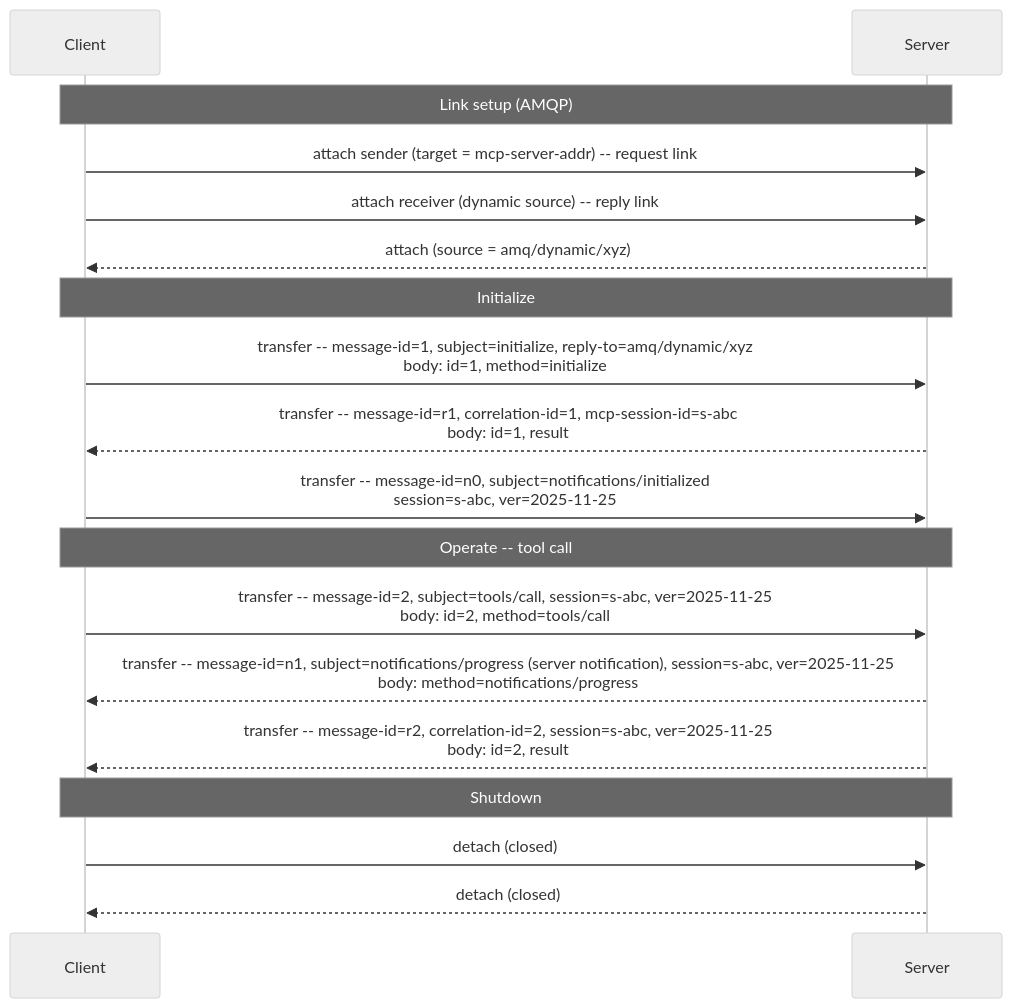
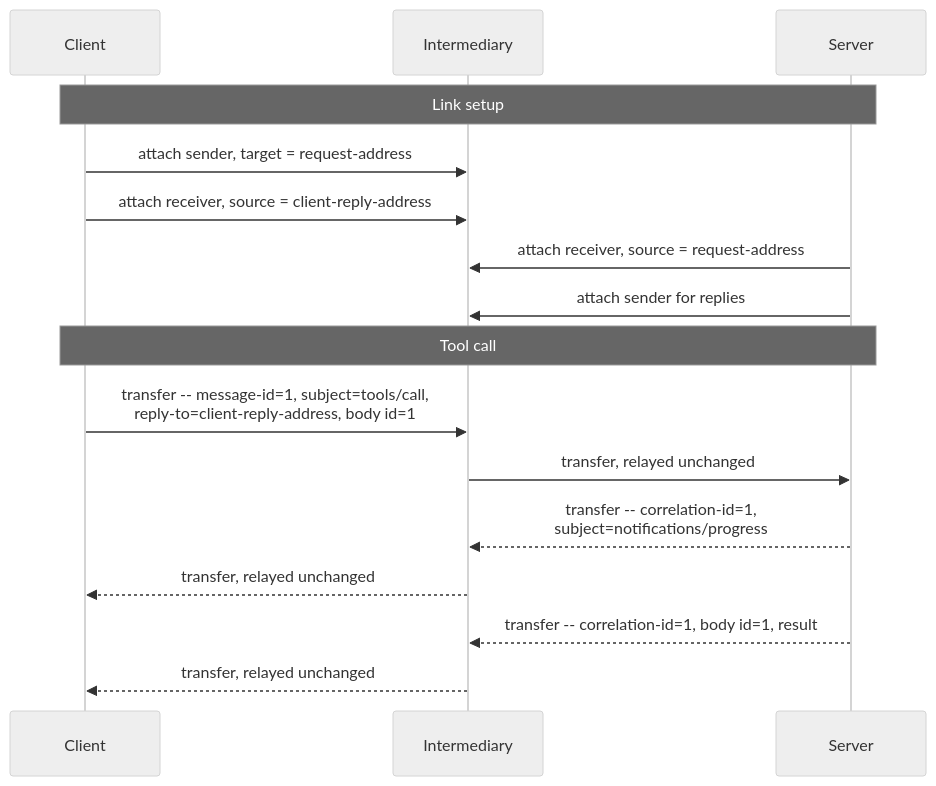
Before and after one commit to oasis-tcs/amqp-specs: the diagram in mcp/mcp-amqp-binding-spec.md, drawn with Mermaid (neutral theme). The commit also changed other lines of this file, not shown here.

````diff
--- a/mcp/mcp-amqp-binding-spec.md
+++ b/mcp/mcp-amqp-binding-spec.md
@@ -90,24 +157,20 @@
 ```mermaid
 sequenceDiagram
     participant C as Client
+    participant I as Intermediary
     participant S as Server
 
-    Note over C,S: Link setup (AMQP)
-    C->>S: attach sender (target = mcp-server-addr) -- request link
-    C->>S: attach receiver (dynamic source) -- reply link
-    S-->>C: attach (source = amq/dynamic/xyz)
+    Note over C,S: Link setup
+    C->>I: attach sender, target = request-address
+    C->>I: attach receiver, source = client-reply-address
+    S->>I: attach receiver, source = request-address
+    S->>I: attach sender for replies
 
-    Note over C,S: Initialize
-    C->>S: transfer -- message-id=1, subject=initialize, reply-to=amq/dynamic/xyz<br/>body: id=1, method=initialize
-    S-->>C: transfer -- message-id=r1, correlation-id=1, mcp-session-id=s-abc<br/>body: id=1, result
-    C->>S: transfer -- message-id=n0, subject=notifications/initialized<br/>session=s-abc, ver=2025-11-25
-
-    Note over C,S: Operate -- tool call
-    C->>S: transfer -- message-id=2, subject=tools/call, session=s-abc, ver=2025-11-25<br/>body: id=2, method=tools/call
-    S-->>C: transfer -- message-id=n1, subject=notifications/progress (server notification), session=s-abc, ver=2025-11-25<br/>body: method=notifications/progress
-    S-->>C: transfer -- message-id=r2, correlation-id=2, session=s-abc, ver=2025-11-25<br/>body: id=2, result
-
-    Note over C,S: Shutdown
-    C->>S: detach (closed)
-    S-->>C: detach (closed)
+    Note over C,S: Tool call
+    C->>I: transfer -- message-id=1, subject=tools/call,<br/>reply-to=client-reply-address, body id=1
+    I->>S: transfer, relayed unchanged
+    S-->>I: transfer -- correlation-id=1,<br/>subject=notifications/progress
+    I-->>C: transfer, relayed unchanged
+    S-->>I: transfer -- correlation-id=1, body id=1, result
+    I-->>C: transfer, relayed unchanged
 ```
````
